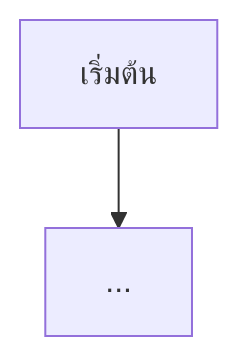
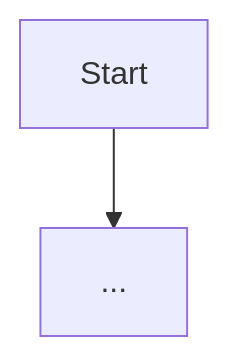
One commit to mounchons/AgentMarketPlace changed the seventh of 9 diagrams in plugins/system-design-doc/skills/system-design-doc/templates/design-doc-template.md. Above: the diagram before and after it, drawn with Mermaid. The commit also changed other lines of this file and 51 other files, not shown here.

````diff
--- a/plugins/system-design-doc/skills/system-design-doc/templates/design-doc-template.md
+++ b/plugins/system-design-doc/skills/system-design-doc/templates/design-doc-template.md
@@ -327,4 +327,4 @@
 ```mermaid
 flowchart TD
-    A[เริ่มต้น] --> B[...]
+    A[Start] --> B[...]
 ```
````
